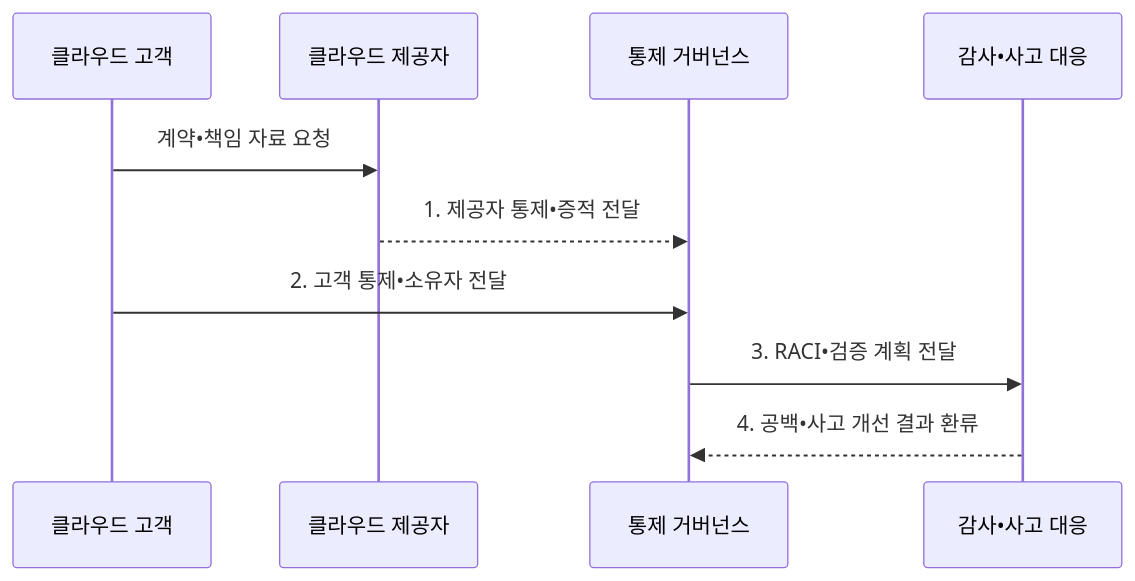
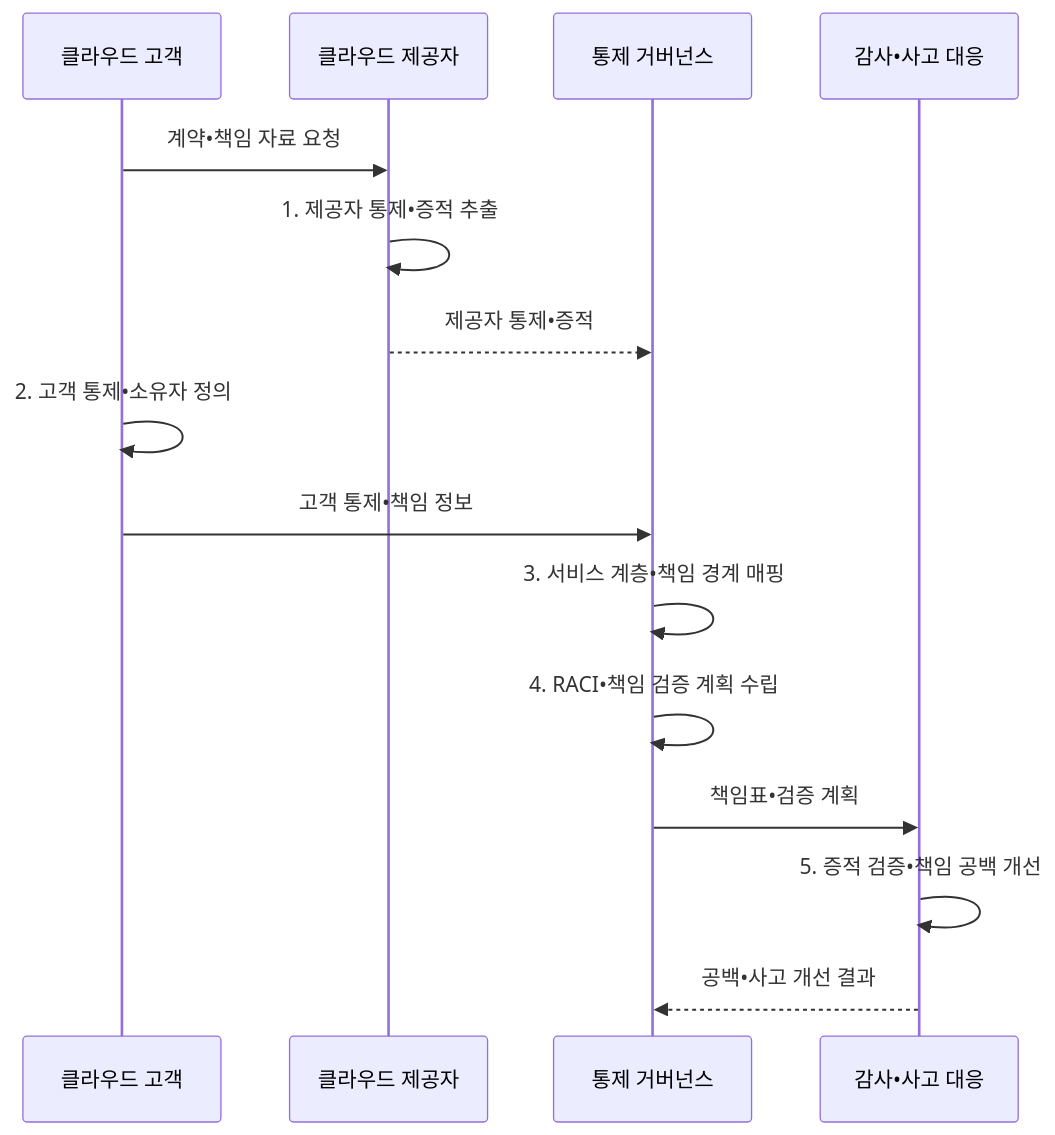
The second of 2 diagrams in src/content/docs/notes/05-security/071_shared_responsibility.md (agnusdei1207/knowledge-base), drawn with Mermaid before and after one commit. The commit also changed other lines of this file and 20 other files, not shown here.

````diff
--- a/src/content/docs/notes/05-security/071_shared_responsibility.md
+++ b/src/content/docs/notes/05-security/071_shared_responsibility.md
@@ -103,12 +103,17 @@
 ```mermaid
 sequenceDiagram
     participant C as 클라우드 고객
     participant P as 클라우드 제공자
     participant G as 통제 거버넌스
     participant A as 감사•사고 대응
     C->>P: 계약•책임 자료 요청
-    P-->>G: 1. 제공자 통제•증적 전달
-    C->>G: 2. 고객 통제•소유자 전달
-    G->>A: 3. RACI•검증 계획 전달
-    A-->>G: 4. 공백•사고 개선 결과 환류
+    P->>P: 1. 제공자 통제•증적 추출
+    P-->>G: 제공자 통제•증적
+    C->>C: 2. 고객 통제•소유자 정의
+    C->>G: 고객 통제•책임 정보
+    G->>G: 3. 서비스 계층•책임 경계 매핑
+    G->>G: 4. RACI•책임 검증 계획 수립
+    G->>A: 책임표•검증 계획
+    A->>A: 5. 증적 검증•책임 공백 개선
+    A-->>G: 공백•사고 개선 결과
 ```
````
